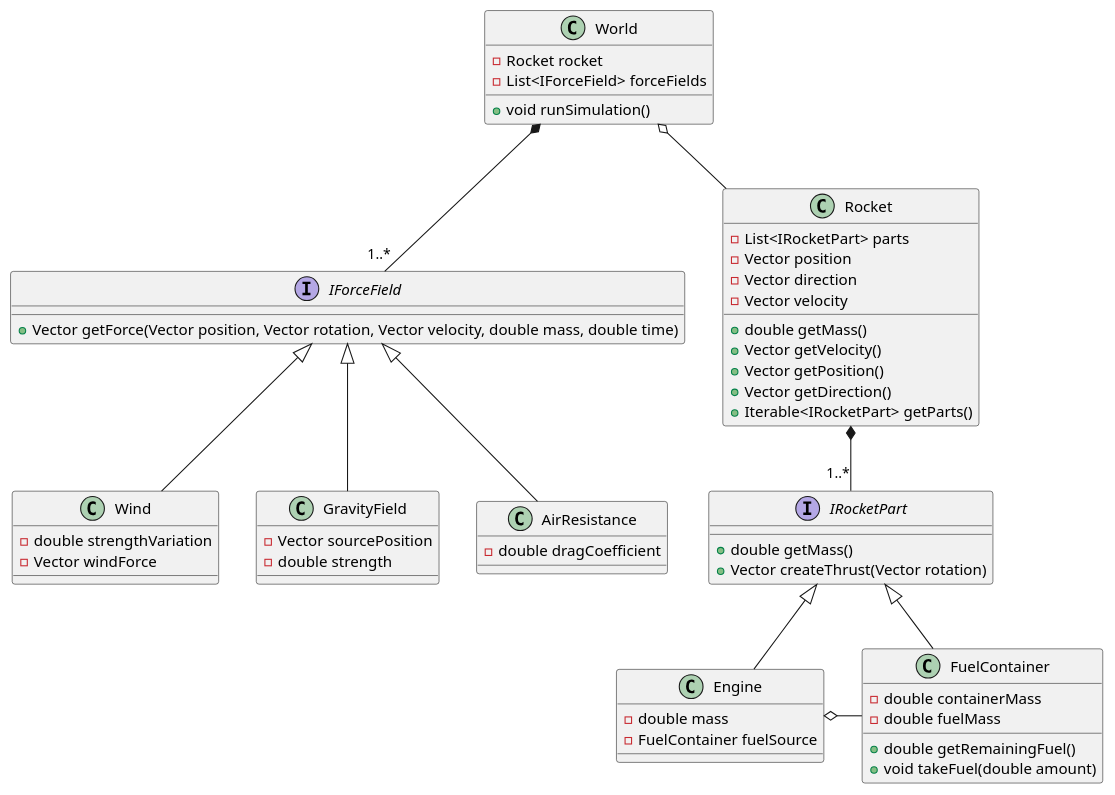
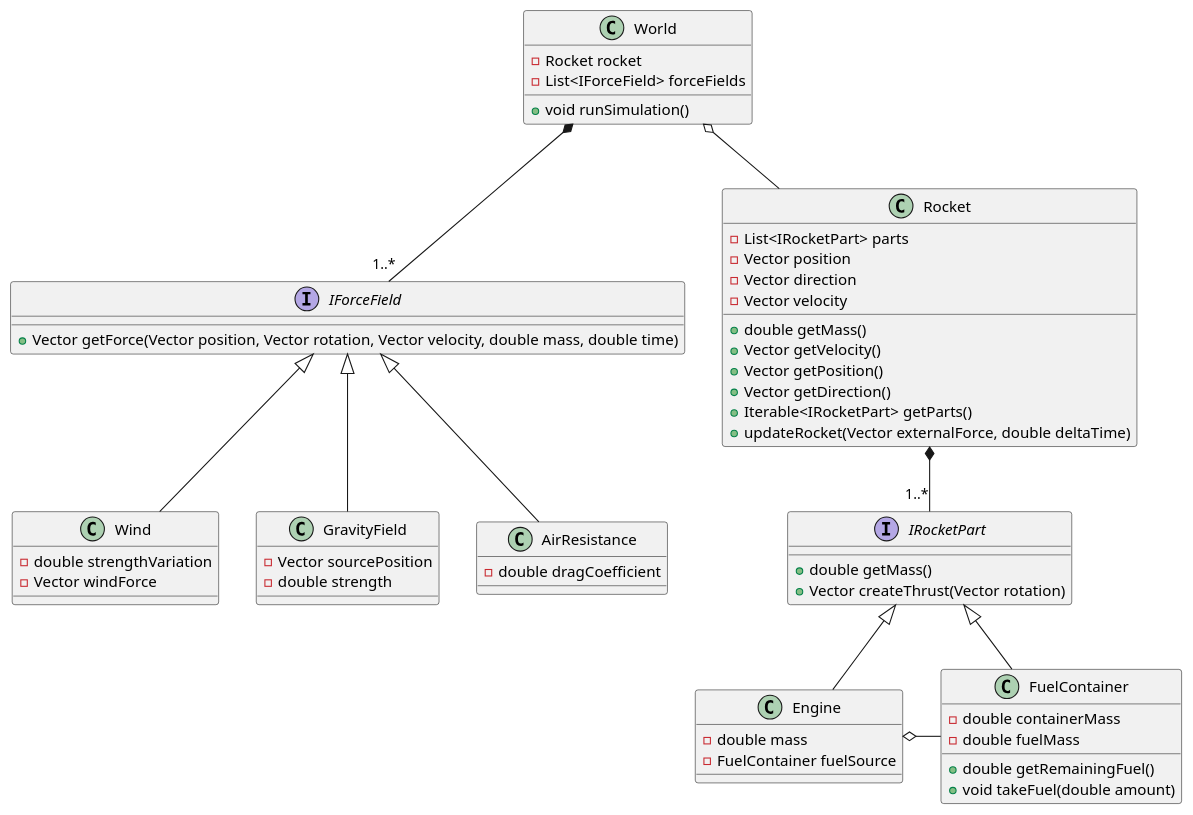
Before and after one commit to szyminson/oop-project: the diagram in docs/uml.puml, drawn with PlantUML. The commit also changed 1 other file, not shown here.

Commit message:
Add updateRocket method to UML diagram

```diff
--- a/docs/uml.puml
+++ b/docs/uml.puml
@@ -1,74 +1,75 @@
 @startuml
 
 interface IRocketPart {
   + double getMass()
   + Vector createThrust(Vector rotation)
 }
 
 interface IForceField {
   + Vector getForce(Vector position, Vector rotation, Vector velocity, double mass, double time)
 }
 
 class Wind {
   - double strengthVariation
   - Vector windForce
 }
 
 class GravityField {
   - Vector sourcePosition
   - double strength
 }
 
 class AirResistance {
   - double dragCoefficient
 }
 
 
 World o-- Rocket
 World *-- "1..*" IForceField
 
 Rocket *-- "1..*" IRocketPart
 
 IForceField <|-- Wind
 IForceField <|-- GravityField
 IForceField <|-- AirResistance
 
 IRocketPart <|-- FuelContainer
 IRocketPart <|-- Engine
 
 Engine o- FuelContainer
 
 class Engine {
   - double mass
   - FuelContainer fuelSource
 }
 
 class FuelContainer {
   - double containerMass
   - double fuelMass
 
   + double getRemainingFuel()
   + void takeFuel(double amount)
 }
 
 class World {
   - Rocket rocket
   - List<IForceField> forceFields
 
   + void runSimulation()
 }
 
 class Rocket {
   - List<IRocketPart> parts
   - Vector position
   - Vector direction
   - Vector velocity
 
   + double getMass()
   + Vector getVelocity()
   + Vector getPosition()
   + Vector getDirection()
   + Iterable<IRocketPart> getParts()
+  + updateRocket(Vector externalForce, double deltaTime)
 }
 
 @enduml
```
